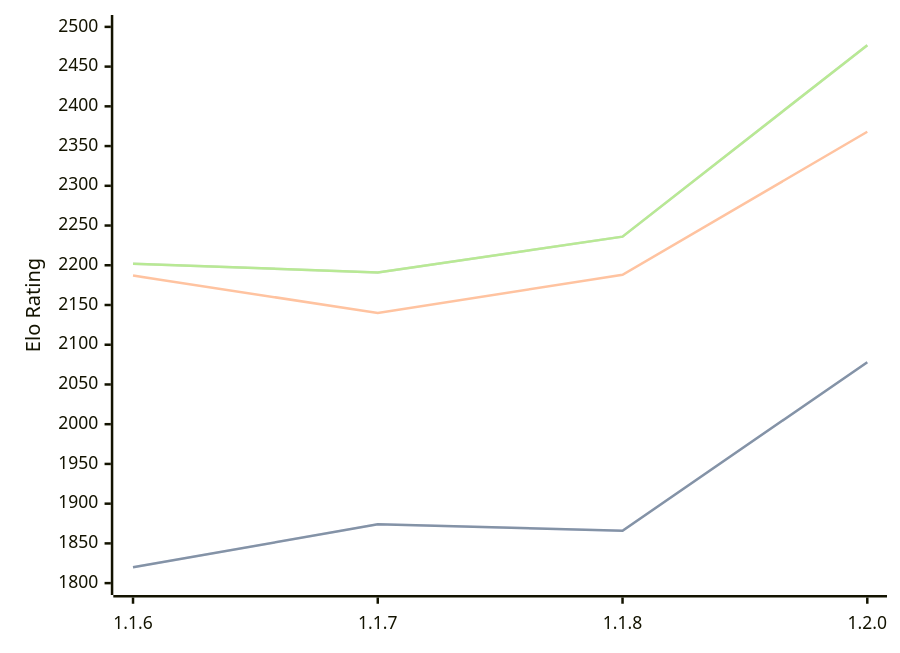
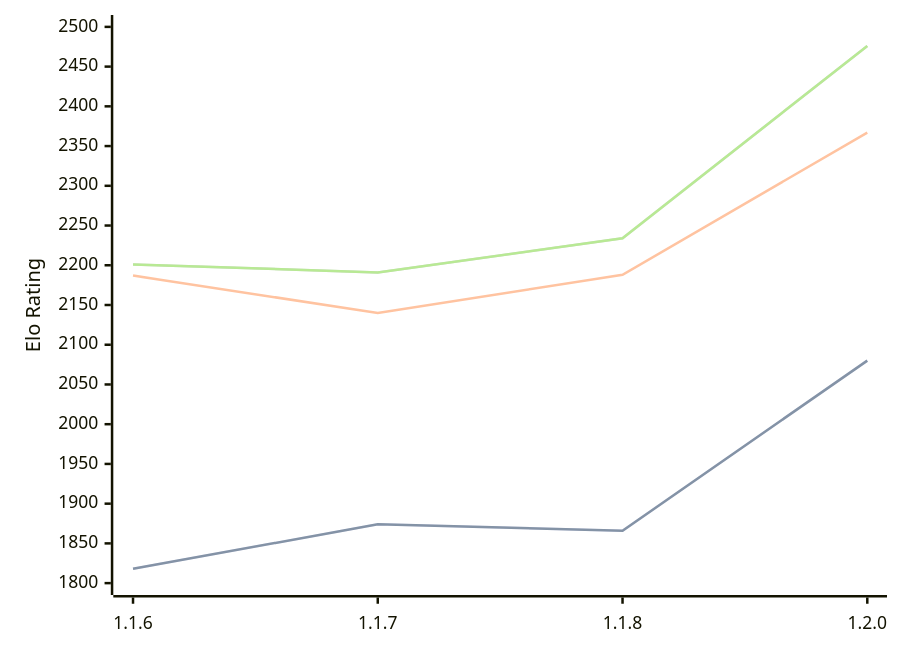
One commit to computer-chess-index/cci changed the diagram in engines/Soomi.md. Above: the diagram before and after it, drawn with Mermaid. The commit also changed other lines of this file, not shown here.

Commit message:
Update CCI Ratings (ELO VLTC) - 2026-03-16

````diff
--- a/engines/Soomi.md
+++ b/engines/Soomi.md
@@ -32,11 +32,11 @@
 ```mermaid
 %%{init: {"theme":"base","themeVariables":{"seriesColors:['#a3a3a3','#222221','#faa371']}}}%%
 xychart-beta
   x-axis ["1.1.6", "1.1.7", "1.1.8", "1.2.0"]
   y-axis "Elo Rating" 1800 --> 2500
-  line "STC (8.0+0.08s)" [1820, 1874, 1866, 2078]
-  line "STC (8.0+0.08s)" [1820, 1874, 1866, 2078]
-  line "LTC (60.0+0.60s)" [2187, 2140, 2188, 2368]
-  line "VLTC (2m24s+1.12s)" [2202, 2191, 2236, 2477]
-  line "VLTC (2m24s+1.12s)" [2202, 2191, 2236, 2477]
+  line "STC (8.0+0.08s)" [1818, 1874, 1866, 2080]
+  line "STC (8.0+0.08s)" [1818, 1874, 1866, 2080]
+  line "LTC (60.0+0.60s)" [2187, 2140, 2188, 2367]
+  line "VLTC (2m24s+1.12s)" [2201, 2191, 2234, 2476]
+  line "VLTC (2m24s+1.12s)" [2201, 2191, 2234, 2476]
 ```
````
